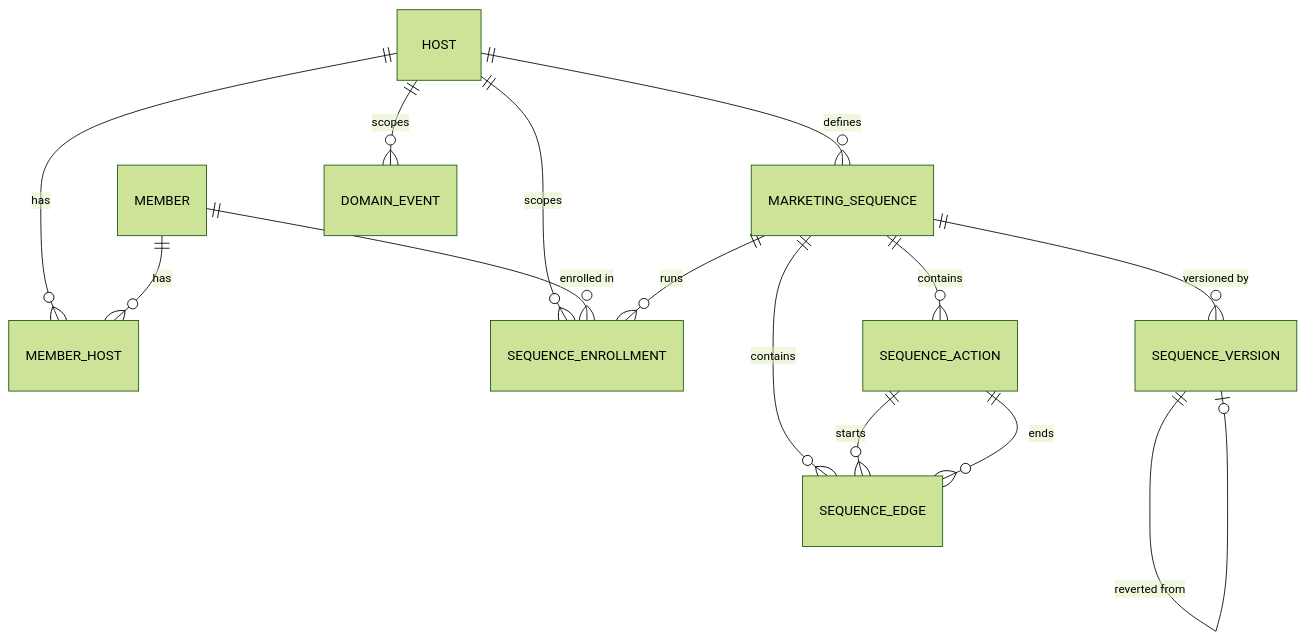
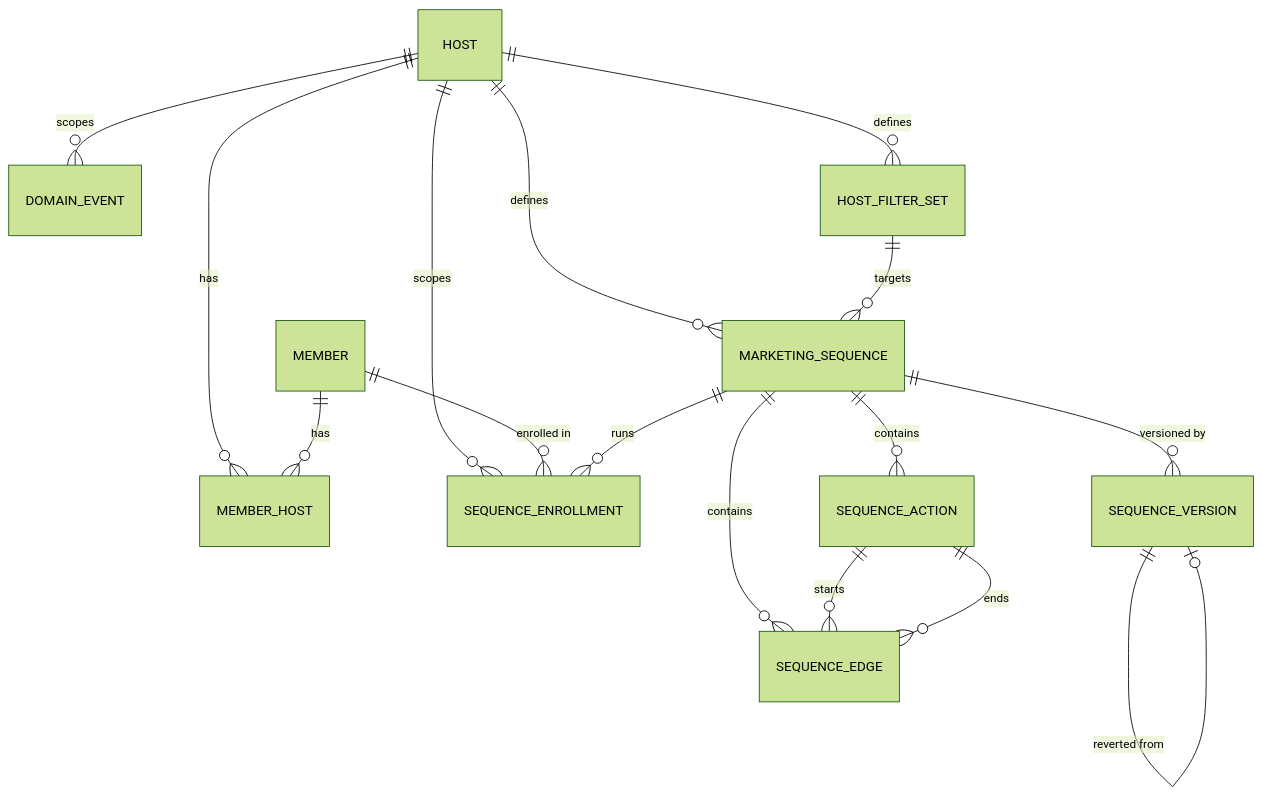
Before and after one commit to MatejBransky/effective-app: the diagram in docs/data-model.md, drawn with Mermaid (forest theme). The commit also changed other lines of this file, not shown here.

Commit message:
Add HostFilterSet targeting and per-action execution results to data model

````diff
--- a/docs/data-model.md
+++ b/docs/data-model.md
@@ -166,16 +223,18 @@
 ```mermaid
 erDiagram
   HOST ||--o{ MEMBER_HOST : has
   MEMBER ||--o{ MEMBER_HOST : has
   HOST ||--o{ MARKETING_SEQUENCE : defines
   HOST ||--o{ SEQUENCE_ENROLLMENT : scopes
   HOST ||--o{ DOMAIN_EVENT : scopes
+  HOST ||--o{ HOST_FILTER_SET : defines
   MEMBER ||--o{ SEQUENCE_ENROLLMENT : "enrolled in"
+  HOST_FILTER_SET ||--o{ MARKETING_SEQUENCE : targets
   MARKETING_SEQUENCE ||--o{ SEQUENCE_ACTION : contains
   MARKETING_SEQUENCE ||--o{ SEQUENCE_EDGE : contains
   MARKETING_SEQUENCE ||--o{ SEQUENCE_ENROLLMENT : runs
   MARKETING_SEQUENCE ||--o{ SEQUENCE_VERSION : "versioned by"
   SEQUENCE_ACTION ||--o{ SEQUENCE_EDGE : starts
   SEQUENCE_ACTION ||--o{ SEQUENCE_EDGE : ends
   SEQUENCE_VERSION ||--o| SEQUENCE_VERSION : "reverted from"
 ```
````
